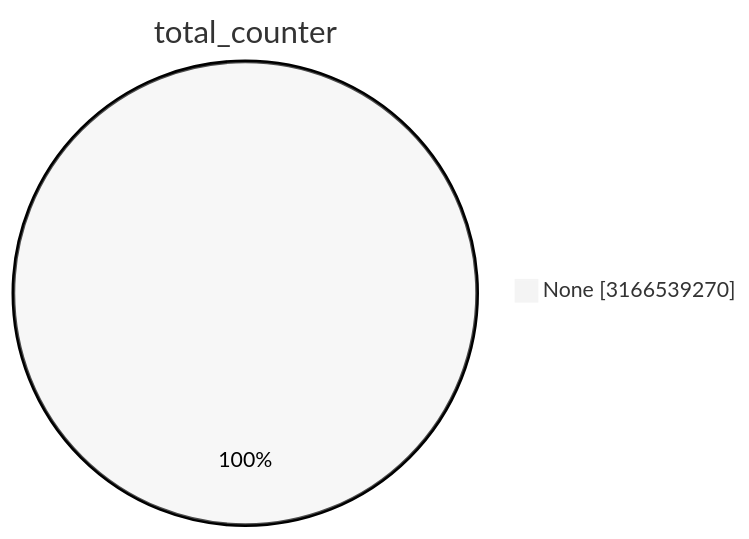
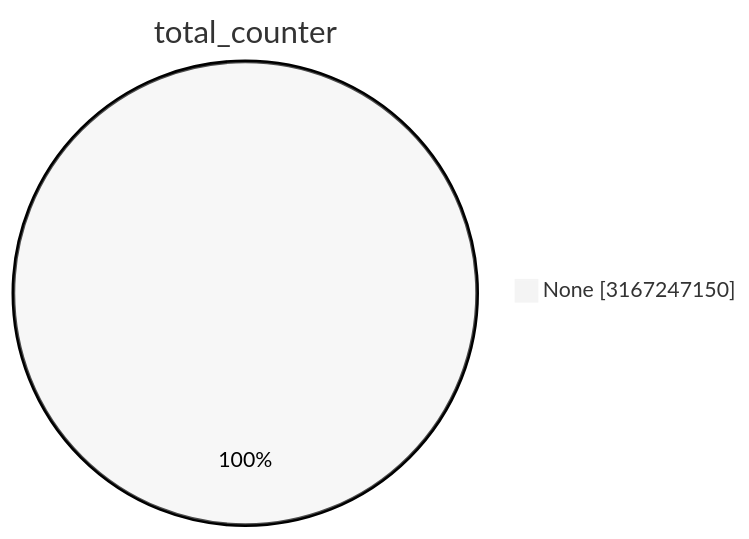
The first of 15 diagrams in TOTAL/README.md (christiankrug/ctmonitor_visualization), drawn with Mermaid (neutral theme) before and after one commit. The commit also changed other lines of this file, not shown here.

````diff
--- a/TOTAL/README.md
+++ b/TOTAL/README.md
@@ -1,5 +1,5 @@
 ```mermaid
 pie showData
 title total_counter
-"None" :3166539270
+"None" :3167247150
 ```
````
